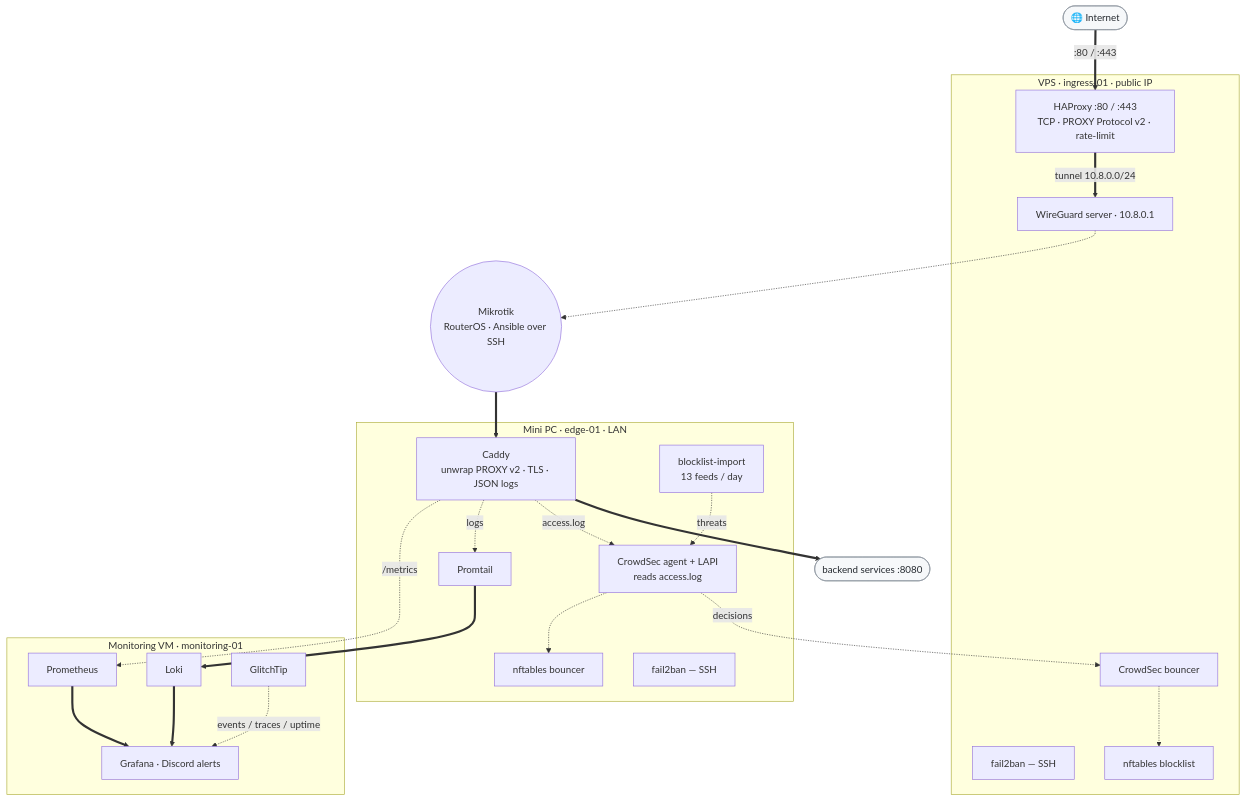
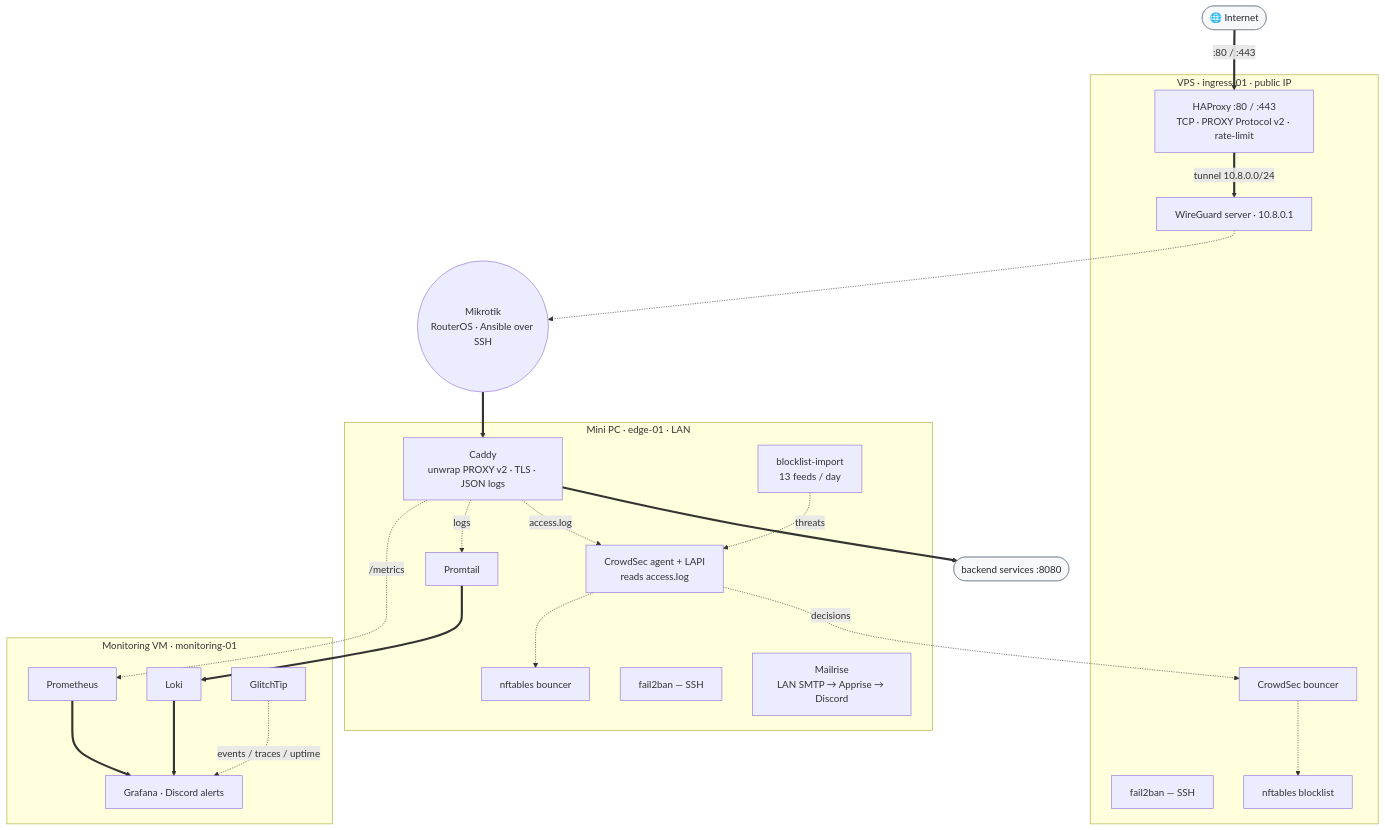
The diagram in README.md (Chalvin96/wireguard-setup), drawn with Mermaid before and after one commit. The commit also changed other lines of this file and 119 other files, not shown here.

````diff
--- a/README.md
+++ b/README.md
@@ -18,56 +19,57 @@
 ```mermaid
 flowchart TD
     NET(["🌐 Internet"]):::ext
 
     subgraph VPS["VPS · ingress-01 · public IP"]
         HA["HAProxy :80 / :443<br/>TCP · PROXY Protocol v2 · rate-limit"]
         WG["WireGuard server · 10.8.0.1"]
         F2B1["fail2ban — SSH"]
         CSB["CrowdSec bouncer"]
         BL1["nftables blocklist"]
     end
 
     MIK(("Mikrotik<br/>RouterOS · Ansible over SSH"))
 
     subgraph EDGE["Mini PC · edge-01 · LAN"]
         CAD["Caddy<br/>unwrap PROXY v2 · TLS · JSON logs"]
         CSA["CrowdSec agent + LAPI<br/>reads access.log"]
         BLI["blocklist-import<br/>13 feeds / day"]
         BL2["nftables bouncer"]
         F2B2["fail2ban — SSH"]
         PT["Promtail"]
+        MR["Mailrise<br/>LAN SMTP → Apprise → Discord"]
     end
 
     BACK(["backend services :8080"]):::ext
 
     subgraph MON["Monitoring VM · monitoring-01"]
         LOKI["Loki"]
         PROME["Prometheus"]
         GRAF["Grafana · Discord alerts"]
         GLT["GlitchTip"]
     end
 
     %% ── data plane ──
     NET ==>|":80 / :443"| HA
     HA ==>|"tunnel 10.8.0.0/24"| WG
     WG -.-> MIK
     MIK ==> CAD
     CAD ==> BACK
 
     %% ── security plane ──
     CAD -.->|"access.log"| CSA
     BLI -.->|"threats"| CSA
     CSA -.->|"decisions"| CSB
     CSB -.-> BL1
     CSA -.-> BL2
 
     %% ── observability plane ──
     CAD -.->|"logs"| PT
     PT ==> LOKI
     CAD -.->|"/metrics"| PROME
     PROME ==> GRAF
     LOKI ==> GRAF
     GLT -.->|"events / traces / uptime"| GRAF
 
     classDef ext fill:#f6f8fa,stroke:#8c959f,color:#24292f;
 ```
````
